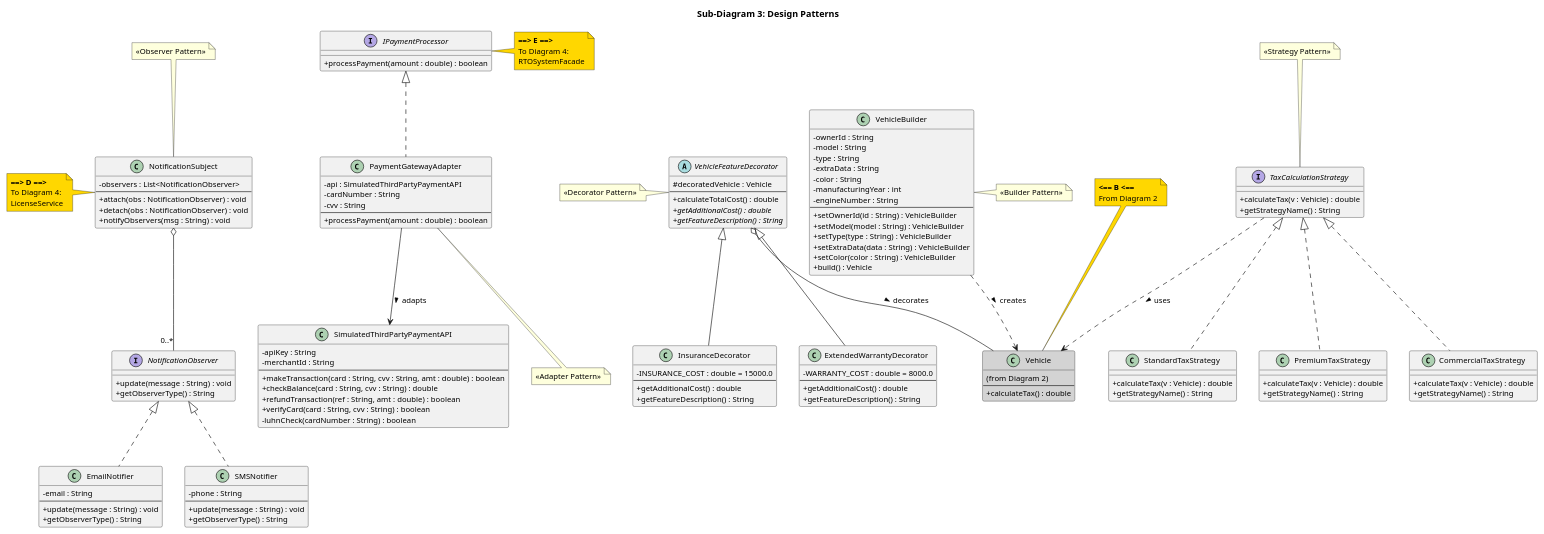
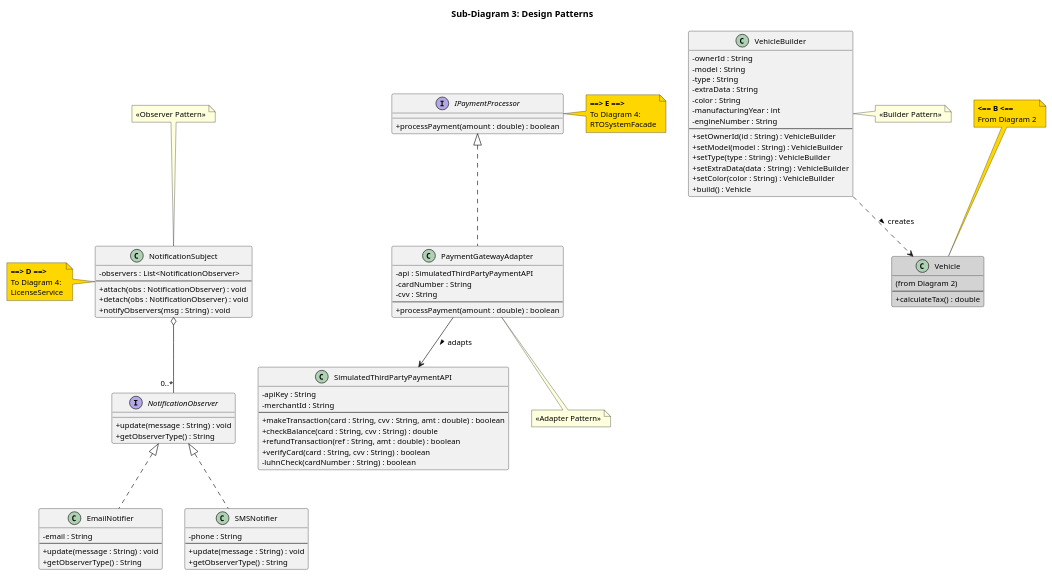
One commit to vTarun3330/RTO-Office-Simulation-Using-JAVA changed the third of 4 diagrams in docs/class_diagram.md. Above: the diagram before and after it, drawn with PlantUML. The commit also changed other lines of this file and 5 other files, not shown here.

```diff
--- a/docs/class_diagram.md
+++ b/docs/class_diagram.md
@@ -289,36 +287,6 @@
   **<== B <==**
   From Diagram 2
 end note
-
-' ===== STRATEGY PATTERN =====
-
-interface TaxCalculationStrategy {
-  + calculateTax(v : Vehicle) : double
-  + getStrategyName() : String
-}
-
-class StandardTaxStrategy {
-  + calculateTax(v : Vehicle) : double
-  + getStrategyName() : String
-}
-
-class PremiumTaxStrategy {
-  + calculateTax(v : Vehicle) : double
-  + getStrategyName() : String
-}
-
-class CommercialTaxStrategy {
-  + calculateTax(v : Vehicle) : double
-  + getStrategyName() : String
-}
-
-TaxCalculationStrategy <|.. StandardTaxStrategy
-TaxCalculationStrategy <|.. PremiumTaxStrategy
-TaxCalculationStrategy <|.. CommercialTaxStrategy
-
-TaxCalculationStrategy ..> VehicleRef : uses >
-
-note top of TaxCalculationStrategy : <<Strategy Pattern>>
 
 ' ===== OBSERVER PATTERN =====
 
@@ -397,36 +365,6 @@
   RTOSystemFacade
 end note
 
-' ===== DECORATOR PATTERN =====
-
-abstract class VehicleFeatureDecorator {
-  # decoratedVehicle : Vehicle
-  --
-  + calculateTotalCost() : double
-  + {abstract} getAdditionalCost() : double
-  + {abstract} getFeatureDescription() : String
-}
-
-class InsuranceDecorator {
-  - INSURANCE_COST : double = 15000.0
-  --
-  + getAdditionalCost() : double
-  + getFeatureDescription() : String
-}
-
-class ExtendedWarrantyDecorator {
-  - WARRANTY_COST : double = 8000.0
-  --
-  + getAdditionalCost() : double
-  + getFeatureDescription() : String
-}
-
-VehicleFeatureDecorator <|-- InsuranceDecorator
-VehicleFeatureDecorator <|-- ExtendedWarrantyDecorator
-VehicleFeatureDecorator o-- VehicleRef : decorates >
-
-note left of VehicleFeatureDecorator : <<Decorator Pattern>>
-
 ' ===== BUILDER PATTERN =====
 
 class VehicleBuilder {
```
